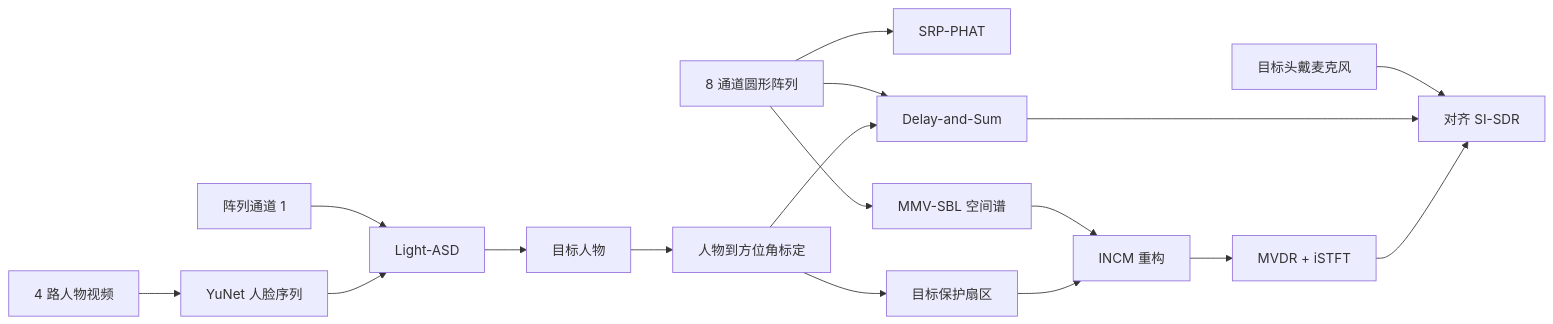
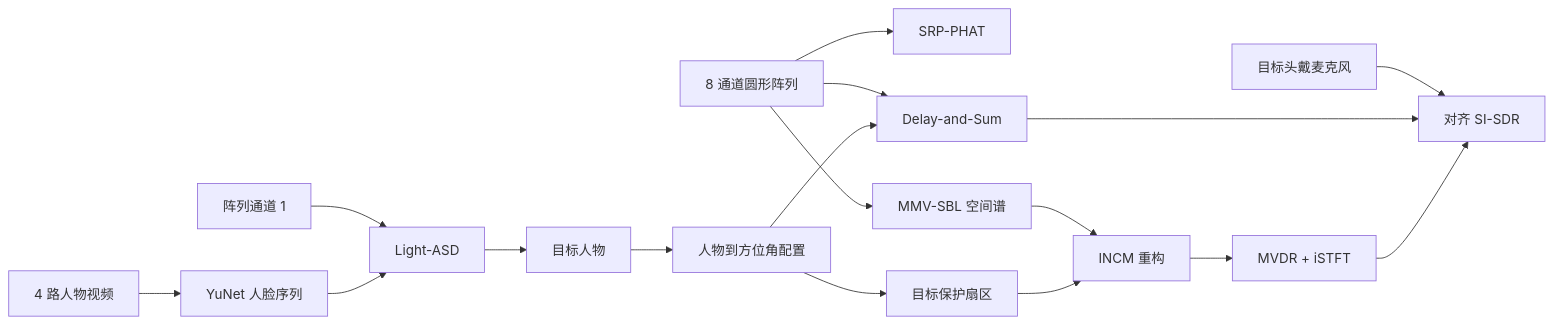
Before and after one commit to right404/cabin-multimodal-speech: the diagram in README.md, drawn with Mermaid. The commit also changed other lines of this file and 5 other files, not shown here.

````diff
--- a/README.md
+++ b/README.md
@@ -52,21 +61,21 @@
 ```mermaid
 flowchart LR
     V[4 路人物视频] --> Y[YuNet 人脸序列]
     A1[阵列通道 1] --> ASD[Light-ASD]
     Y --> ASD
     ASD --> ID[目标人物]
-    ID --> ANGLE[人物到方位角标定]
+    ID --> ANGLE[人物到方位角配置]
 
     A8[8 通道圆形阵列] --> SRP[SRP-PHAT]
     A8 --> DS[Delay-and-Sum]
     A8 --> SBL[MMV-SBL 空间谱]
     ANGLE --> DS
     ANGLE --> SECTOR[目标保护扇区]
     SBL --> INCM[INCM 重构]
     SECTOR --> INCM
     INCM --> MVDR[MVDR + iSTFT]
 
     H[目标头戴麦克风] --> M[对齐 SI-SDR]
     DS --> M
     MVDR --> M
 ```
````
